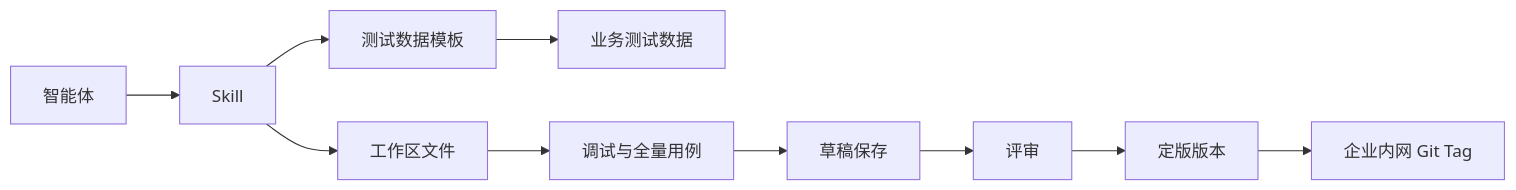
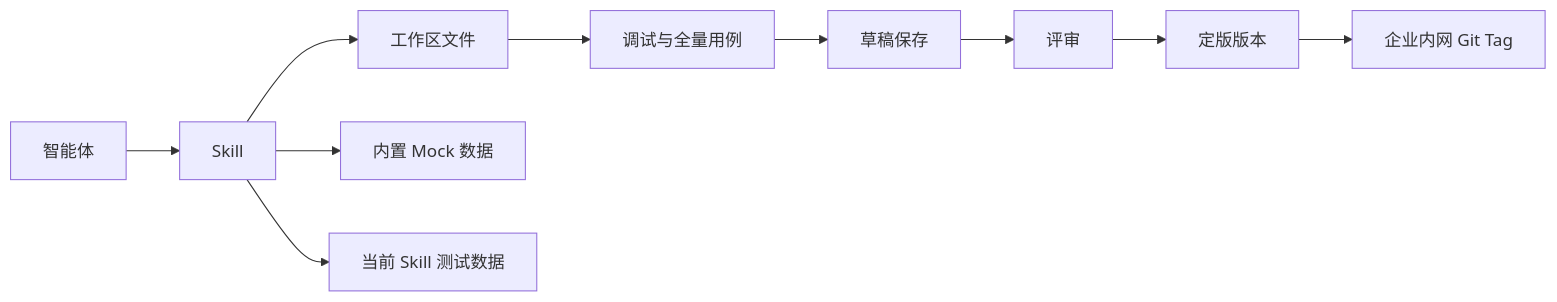
One commit to xyt650175-maker/skill-platform-v2 changed the first of 2 diagrams in docs/技能产品设计说明.md. Above: the diagram before and after it, drawn with Mermaid. The commit also changed other lines of this file and 43 other files, not shown here.

````diff
--- a/docs/技能产品设计说明.md
+++ b/docs/技能产品设计说明.md
@@ -34,12 +34,12 @@
 ```mermaid
 flowchart LR
   A[智能体] --> B[Skill]
   B --> C[工作区文件]
-  B --> D[测试数据模板]
-  D --> E[业务测试数据]
+  B --> D[内置 Mock 数据]
+  B --> E[当前 Skill 测试数据]
   C --> F[调试与全量用例]
   F --> G[草稿保存]
   G --> H[评审]
   H --> I[定版版本]
   I --> J[企业内网 Git Tag]
 ```
````
